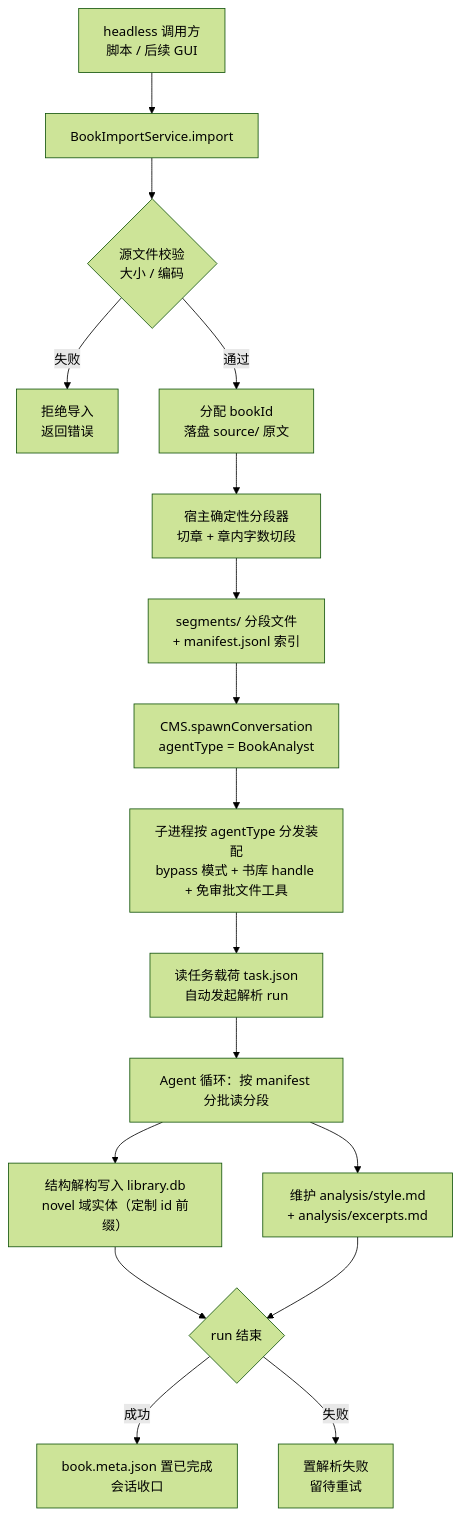
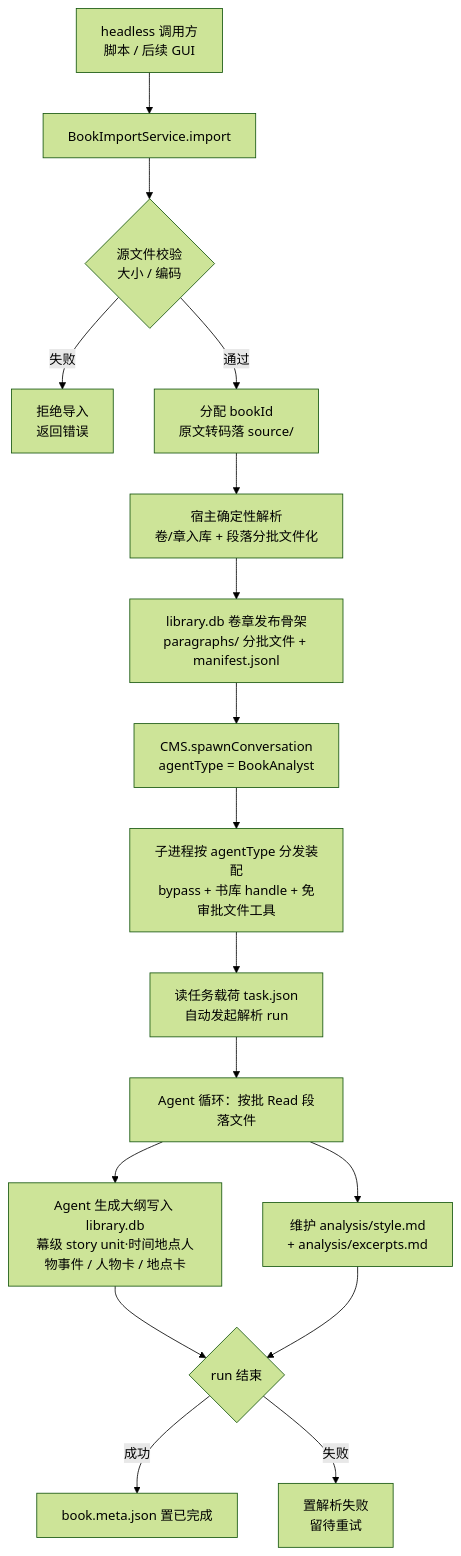
Before and after one commit to fanghuarunbalala/nova-writing: the first of 5 diagrams in docs/PRD/library-完本解构.md, drawn with Mermaid (forest theme). The commit also changed other lines of this file, not shown here.

Commit message:
docs(prd): library-完本解构 PRD v0.2——书库全景：大纲/卷章解耦 + LibraryService 门面 + 工作区书单 + 长上下文评测

````diff
--- a/docs/PRD/library-完本解构.md
+++ b/docs/PRD/library-完本解构.md
@@ -29,19 +38,19 @@
 ```mermaid
 flowchart TD
     A[headless 调用方<br/>脚本 / 后续 GUI] --> B[BookImportService.import]
     B --> C{源文件校验<br/>大小 / 编码}
     C -- 失败 --> C1[拒绝导入<br/>返回错误]
-    C -- 通过 --> D[分配 bookId<br/>落盘 source/ 原文]
-    D --> E[宿主确定性分段器<br/>切章 + 章内字数切段]
-    E --> F[segments/ 分段文件<br/>+ manifest.jsonl 索引]
+    C -- 通过 --> D[分配 bookId<br/>原文转码落 source/]
+    D --> E[宿主确定性解析<br/>卷/章入库 + 段落分批文件化]
+    E --> F[library.db 卷章发布骨架<br/>paragraphs/ 分批文件 + manifest.jsonl]
     F --> G[CMS.spawnConversation<br/>agentType = BookAnalyst]
-    G --> H[子进程按 agentType 分发装配<br/>bypass 模式 + 书库 handle + 免审批文件工具]
+    G --> H[子进程按 agentType 分发装配<br/>bypass + 书库 handle + 免审批文件工具]
     H --> I[读任务载荷 task.json<br/>自动发起解析 run]
-    I --> J[Agent 循环：按 manifest 分批读分段]
-    J --> K[结构解构写入 library.db<br/>novel 域实体（定制 id 前缀）]
+    I --> J[Agent 循环：按批 Read 段落文件]
+    J --> K[Agent 生成大纲写入 library.db<br/>幕级 story unit·时间地点人物事件 / 人物卡 / 地点卡]
     J --> L[维护 analysis/style.md<br/>+ analysis/excerpts.md]
     K --> M{run 结束}
     L --> M
-    M -- 成功 --> N[book.meta.json 置已完成<br/>会话收口]
+    M -- 成功 --> N[book.meta.json 置已完成]
     M -- 失败 --> O[置解析失败<br/>留待重试]
 ```
````
